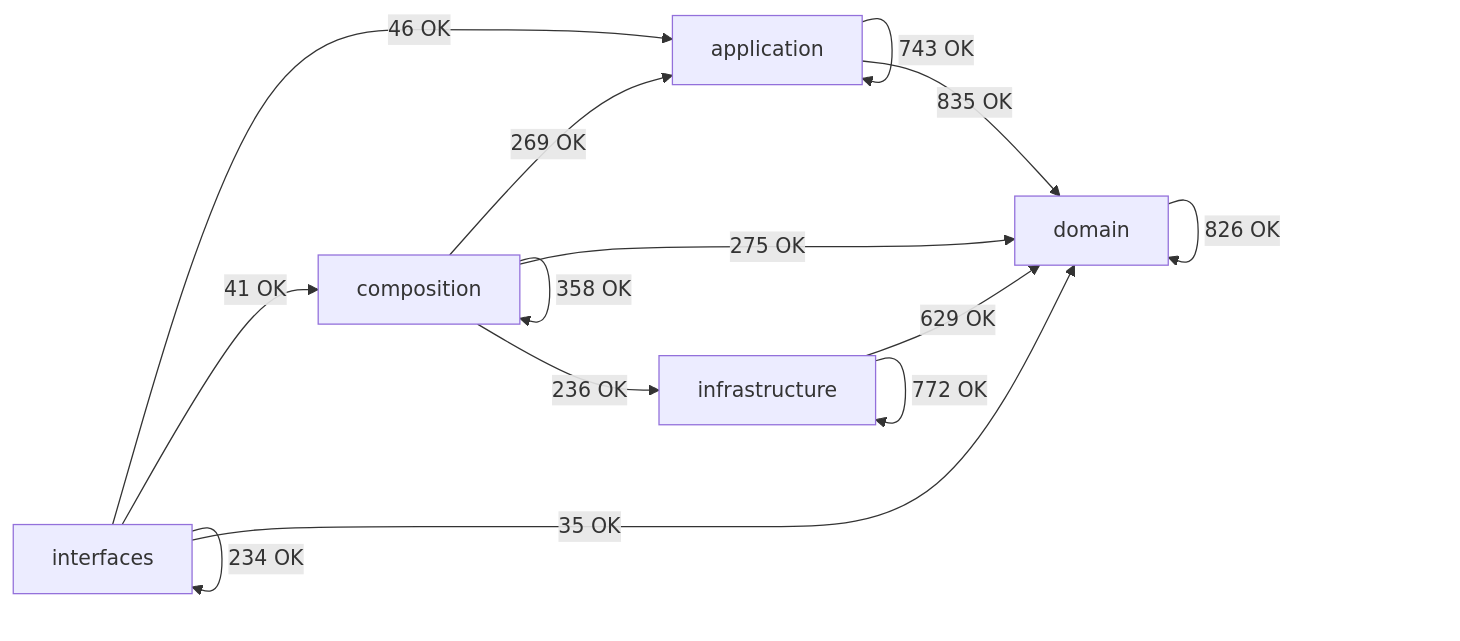
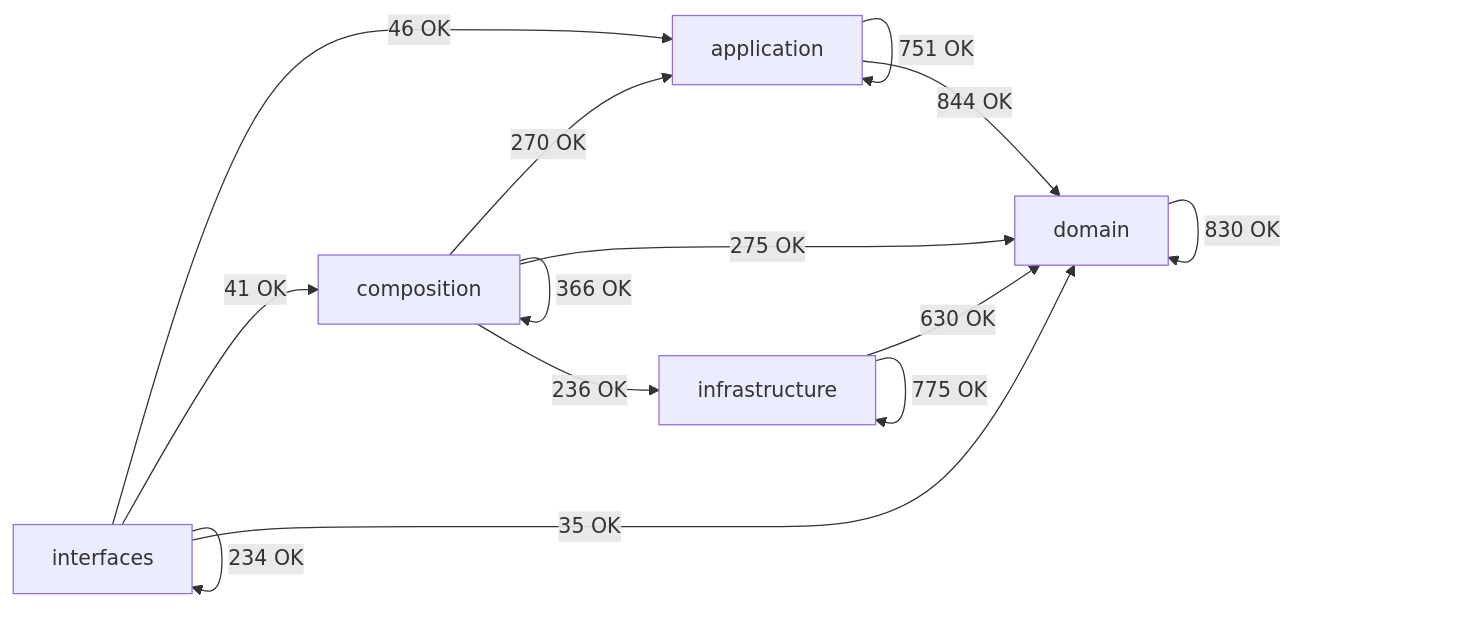
The diagram in docs/02-architecture/generated/module-dependency-map.md (SatoryKono/BioactivityDataAcquisition), drawn with Mermaid before and after one commit. The commit also changed other lines of this file and 223 other files, not shown here.

````diff
--- a/docs/02-architecture/generated/module-dependency-map.md
+++ b/docs/02-architecture/generated/module-dependency-map.md
@@ -26,21 +26,21 @@
 ```mermaid
 flowchart LR
     domain[domain]
     application[application]
     infrastructure[infrastructure]
     composition[composition]
     interfaces[interfaces]
-    application -->|743 OK| application
-    application -->|835 OK| domain
-    composition -->|269 OK| application
-    composition -->|358 OK| composition
+    application -->|751 OK| application
+    application -->|844 OK| domain
+    composition -->|270 OK| application
+    composition -->|366 OK| composition
     composition -->|275 OK| domain
     composition -->|236 OK| infrastructure
-    domain -->|826 OK| domain
-    infrastructure -->|629 OK| domain
-    infrastructure -->|772 OK| infrastructure
+    domain -->|830 OK| domain
+    infrastructure -->|630 OK| domain
+    infrastructure -->|775 OK| infrastructure
     interfaces -->|46 OK| application
     interfaces -->|41 OK| composition
     interfaces -->|35 OK| domain
     interfaces -->|234 OK| interfaces
 ```
````
